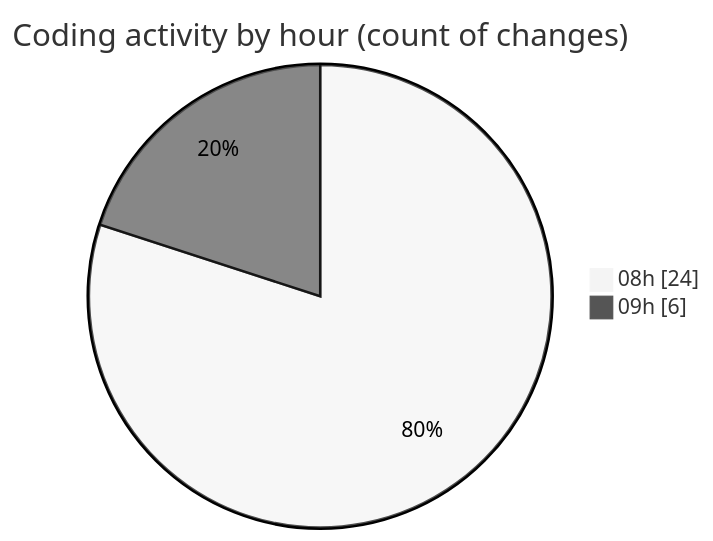
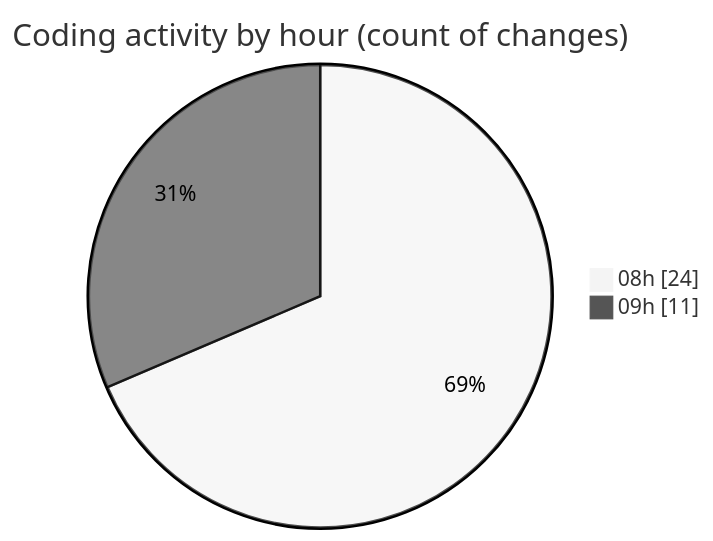
Before and after one commit to Elitesun/code-tracking: the second of 2 diagrams in 2025-05-12/niten/README.md, drawn with Mermaid (neutral theme). The commit also changed other lines of this file and 1 other file, not shown here.

````diff
--- a/2025-05-12/niten/README.md
+++ b/2025-05-12/niten/README.md
@@ -44,6 +46,6 @@
 ```mermaid
 pie showData
 title Coding activity by hour (count of changes)
 "08h" : 24
-"09h" : 6
+"09h" : 11
 ```
````
